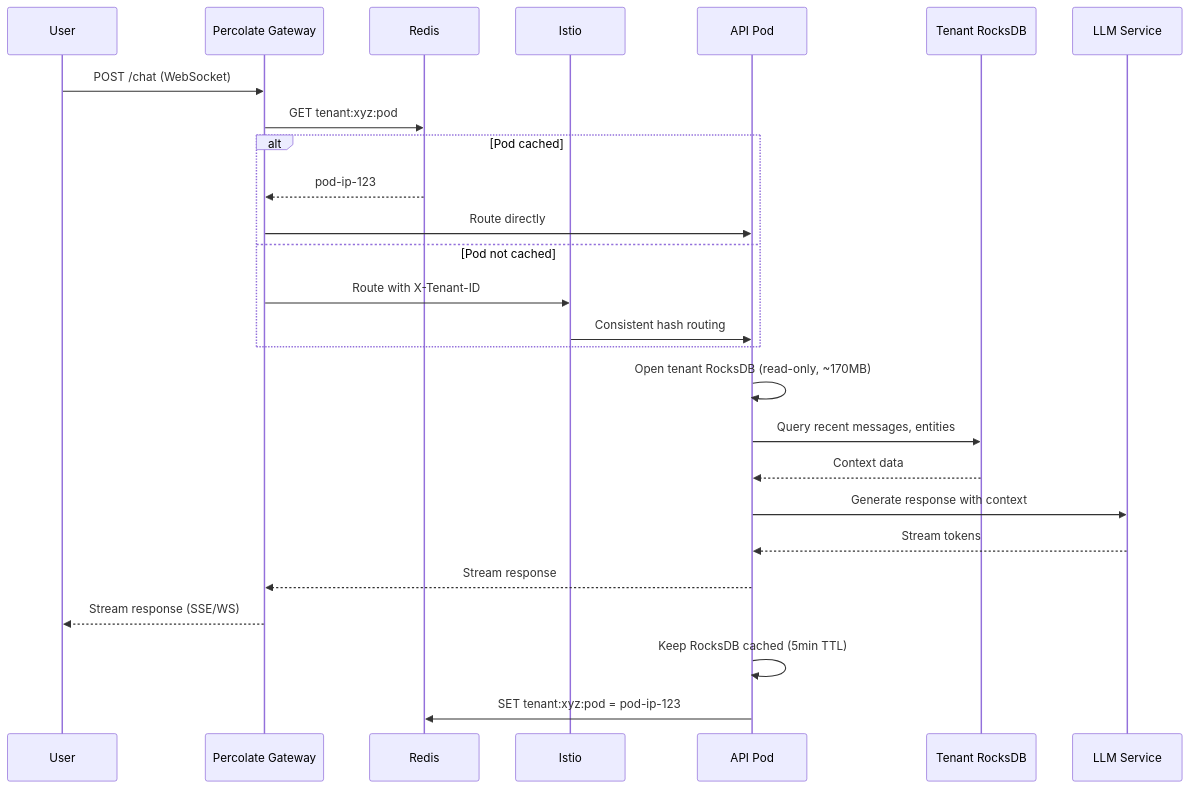
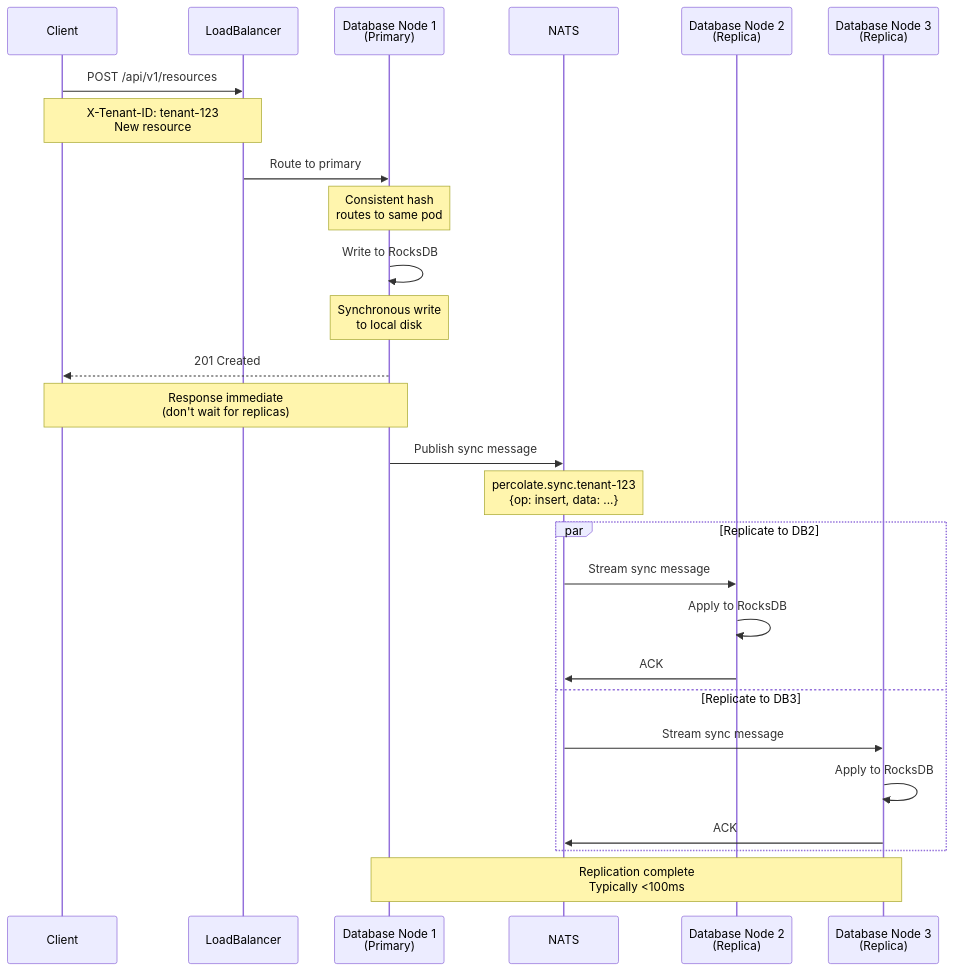
Before and after one commit to percolating-sirsh/percolate-node: the fourth of 7 diagrams in k8s/system.md, drawn with Mermaid. The commit also changed other lines of this file and 52 other files, not shown here.

````diff
--- a/k8s/system.md
+++ b/k8s/system.md
@@ -667,32 +287,36 @@
 ```mermaid
 sequenceDiagram
-    participant User
-    participant Gateway as Percolate Gateway
-    participant Redis
-    participant Istio
-    participant API as API Pod
-    participant RocksDB as Tenant RocksDB
-    participant LLM as LLM Service
+    participant C as Client
+    participant LB as LoadBalancer
+    participant DB1 as Database Node 1<br/>(Primary)
+    participant N as NATS
+    participant DB2 as Database Node 2<br/>(Replica)
+    participant DB3 as Database Node 3<br/>(Replica)
 
-    User->>Gateway: POST /chat (WebSocket)
-    Gateway->>Redis: GET tenant:xyz:pod
+    C->>LB: POST /api/v1/resources
+    Note over C,LB: X-Tenant-ID: tenant-123<br/>New resource
 
-    alt Pod cached
-        Redis-->>Gateway: pod-ip-123
-        Gateway->>API: Route directly
-    else Pod not cached
-        Gateway->>Istio: Route with X-Tenant-ID
-        Istio->>API: Consistent hash routing
+    LB->>DB1: Route to primary
+    Note over DB1: Consistent hash<br/>routes to same pod
+
+    DB1->>DB1: Write to RocksDB
+    Note over DB1: Synchronous write<br/>to local disk
+
+    DB1-->>C: 201 Created
+    Note over C,DB1: Response immediate<br/>(don't wait for replicas)
+
+    DB1->>N: Publish sync message
+    Note over N: percolate.sync.tenant-123<br/>{op: insert, data: ...}
+
+    par Replicate to DB2
+        N->>DB2: Stream sync message
+        DB2->>DB2: Apply to RocksDB
+        DB2->>N: ACK
+    and Replicate to DB3
+        N->>DB3: Stream sync message
+        DB3->>DB3: Apply to RocksDB
+        DB3->>N: ACK
     end
 
-    API->>API: Open tenant RocksDB (read-only, ~170MB)
-    API->>RocksDB: Query recent messages, entities
-    RocksDB-->>API: Context data
-    API->>LLM: Generate response with context
-    LLM-->>API: Stream tokens
-    API-->>Gateway: Stream response
-    Gateway-->>User: Stream response (SSE/WS)
-
-    API->>API: Keep RocksDB cached (5min TTL)
-    API->>Redis: SET tenant:xyz:pod = pod-ip-123
+    Note over DB1,DB3: Replication complete<br/>Typically <100ms
 ```
````
